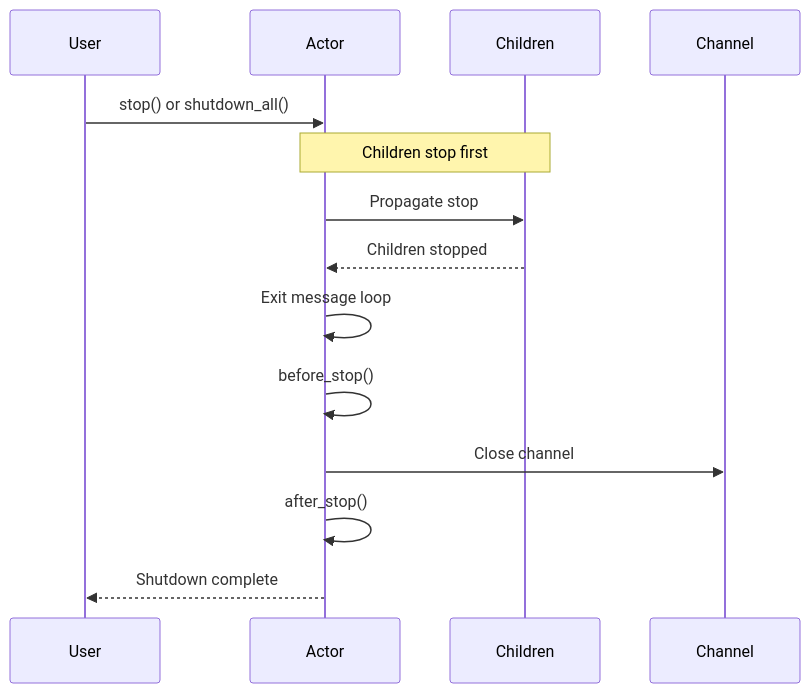
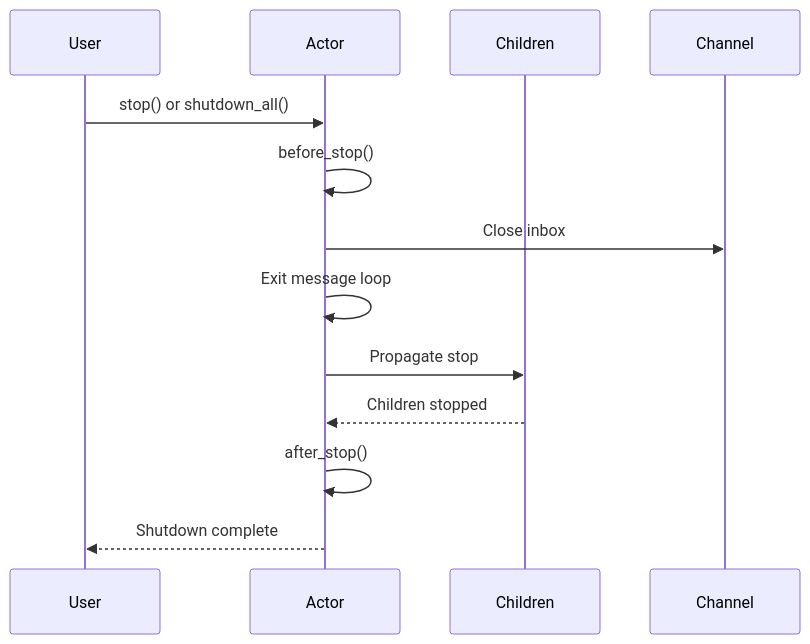
One commit to Govcraft/acton-reactive changed the fourth of 4 diagrams in acton-docs-site/src/app/docs/actor-lifecycle/page.md. Above: the diagram before and after it, drawn with Mermaid. The commit also changed other lines of this file and 28 other files, not shown here.

````diff
--- a/acton-docs-site/src/app/docs/actor-lifecycle/page.md
+++ b/acton-docs-site/src/app/docs/actor-lifecycle/page.md
@@ -275,16 +277,15 @@
 ```mermaid
 sequenceDiagram
     participant SD_U as User
     participant SD_A as Actor
     participant SD_Ch as Children
     participant SD_C as Channel
     SD_U->>SD_A: stop() or shutdown_all()
-    Note over SD_A,SD_Ch: Children stop first
+    SD_A->>SD_A: before_stop()
+    SD_A->>SD_C: Close inbox
+    SD_A->>SD_A: Exit message loop
     SD_A->>SD_Ch: Propagate stop
     SD_Ch-->>SD_A: Children stopped
-    SD_A->>SD_A: Exit message loop
-    SD_A->>SD_A: before_stop()
-    SD_A->>SD_C: Close channel
     SD_A->>SD_A: after_stop()
     SD_A-->>SD_U: Shutdown complete
 ```
````
